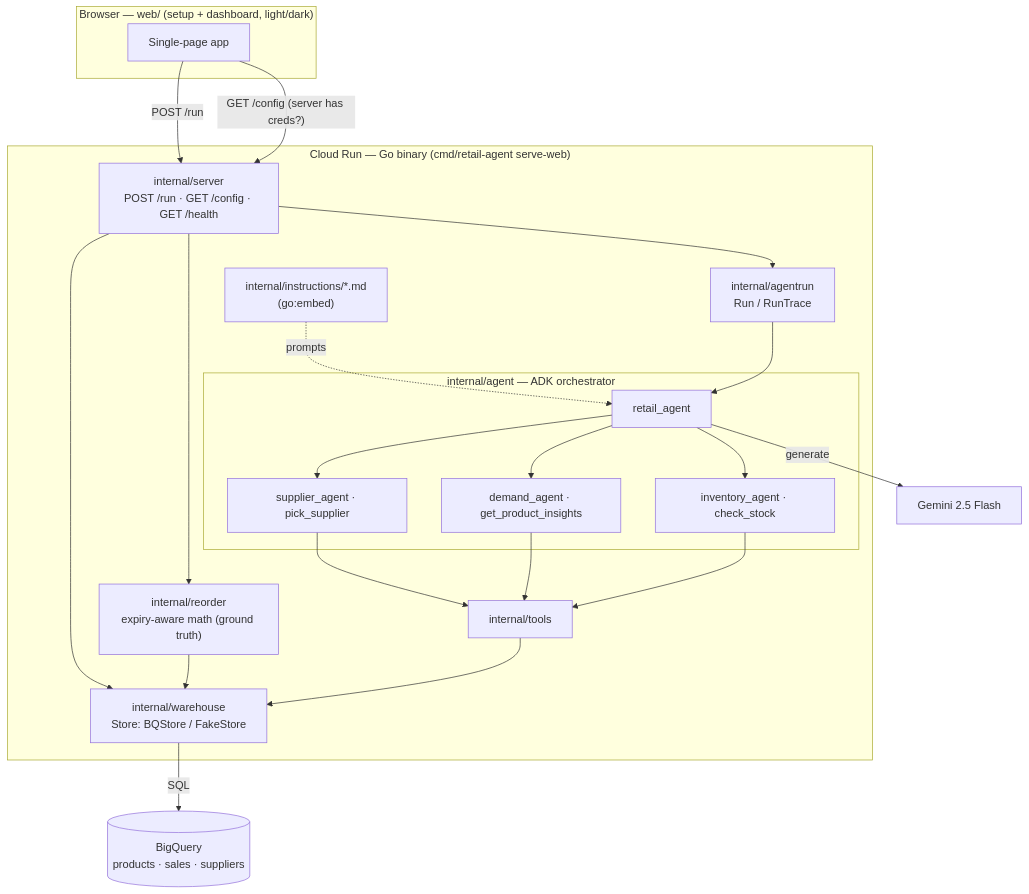
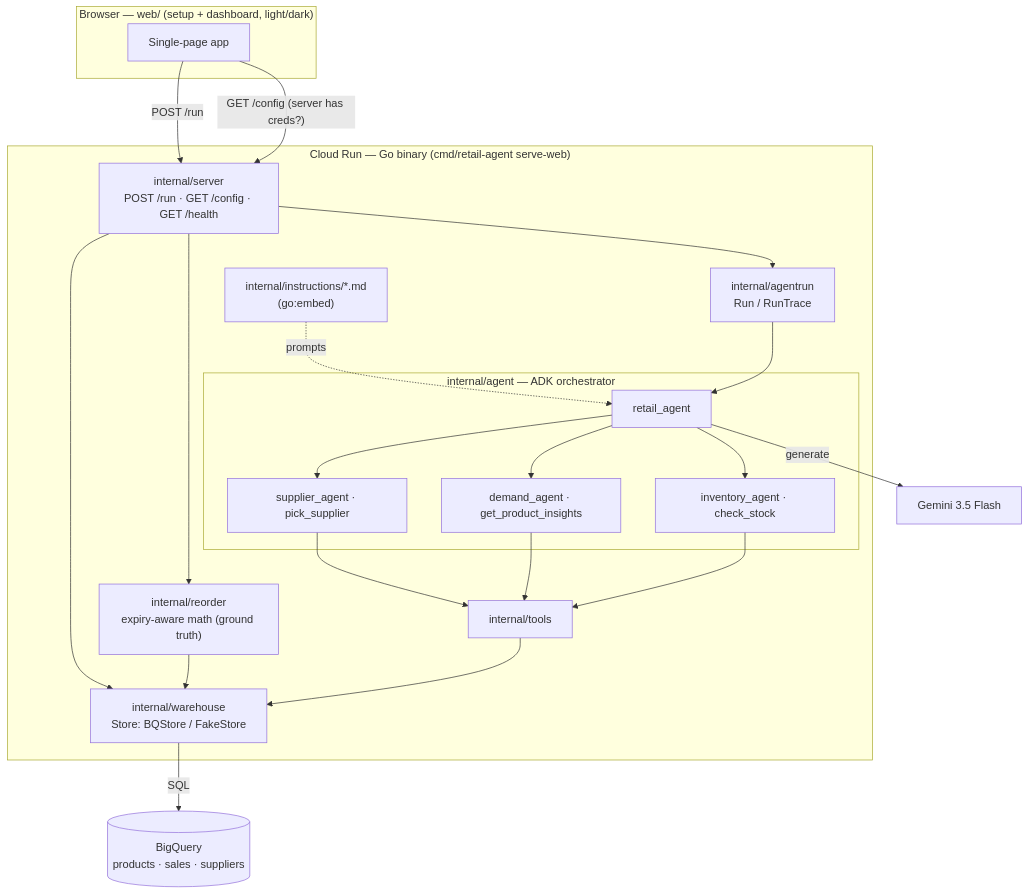
One commit to team-d-mm/retail-agent changed the diagram in README.md. Above: the diagram before and after it, drawn with Mermaid. The commit also changed other lines of this file and 11 other files, not shown here.

````diff
--- a/README.md
+++ b/README.md
@@ -16,31 +18,31 @@
 ```mermaid
 flowchart TB
     subgraph BROWSER["Browser — web/ (setup + dashboard, light/dark)"]
       UI["Single-page app"]
     end
     UI -->|"GET /config (server has creds?)"| SRV
     UI -->|"POST /run"| SRV
 
     subgraph RUN["Cloud Run — Go binary (cmd/retail-agent serve-web)"]
       SRV["internal/server<br/>POST /run · GET /config · GET /health"]
       SRV --> REORDER["internal/reorder<br/>expiry-aware math (ground truth)"]
       SRV --> AGENTRUN["internal/agentrun<br/>Run / RunTrace"]
       AGENTRUN --> ORCH
       subgraph ADK["internal/agent — ADK orchestrator"]
         ORCH["retail_agent"]
         ORCH --> INV["inventory_agent · check_stock"]
         ORCH --> DEM["demand_agent · get_product_insights"]
         ORCH --> SUP["supplier_agent · pick_supplier"]
       end
       INSTR["internal/instructions/*.md<br/>(go:embed)"] -.->|prompts| ORCH
       INV --> TOOLS["internal/tools"]
       DEM --> TOOLS
       SUP --> TOOLS
       TOOLS --> WH
       REORDER --> WH
       SRV --> WH["internal/warehouse<br/>Store: BQStore / FakeStore"]
     end
 
-    ORCH -->|generate| GEM["Gemini 2.5 Flash"]
+    ORCH -->|generate| GEM["Gemini 3.5 Flash"]
     WH -->|SQL| BQ[("BigQuery<br/>products · sales · suppliers")]
 ```
````
